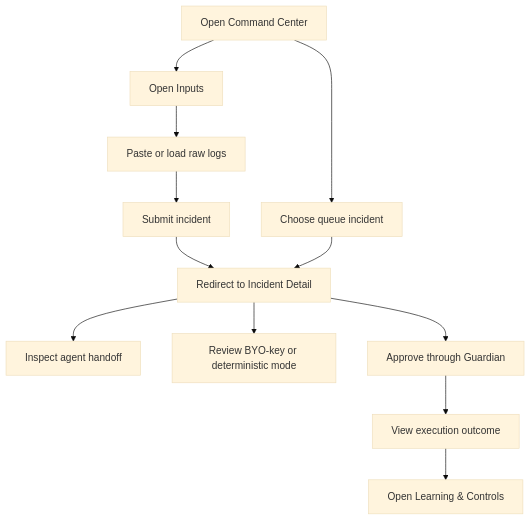
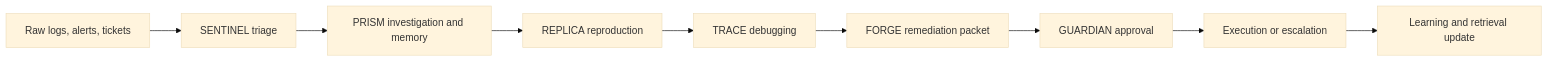
One commit to kunalkachru/nexus-v2 changed the second of 4 diagrams in docs/VISUAL_ARCHITECTURE_AND_FLOWS.md. Above: the diagram before and after it, drawn with Mermaid (base theme). The commit also changed other lines of this file and 10 other files, not shown here.

````diff
--- a/docs/VISUAL_ARCHITECTURE_AND_FLOWS.md
+++ b/docs/VISUAL_ARCHITECTURE_AND_FLOWS.md
@@ -64,14 +61,11 @@
 ```mermaid
-flowchart TD
-    A["Open Command Center"] --> B["Choose queue incident"]
-    A --> C["Open Inputs"]
-    C --> D["Paste or load raw logs"]
-    D --> E["Submit incident"]
-    E --> F["Redirect to Incident Detail"]
-    B --> F
-    F --> G["Inspect agent handoff"]
-    F --> H["Review BYO-key or deterministic mode"]
-    F --> I["Approve through Guardian"]
-    I --> J["View execution outcome"]
-    J --> K["Open Learning & Controls"]
+flowchart LR
+    A["Raw logs, alerts, tickets"] --> B["SENTINEL triage"]
+    B --> C["PRISM investigation and memory"]
+    C --> D["REPLICA reproduction"]
+    D --> E["TRACE debugging"]
+    E --> F["FORGE remediation packet"]
+    F --> G["GUARDIAN approval"]
+    G --> H["Execution or escalation"]
+    H --> I["Learning and retrieval update"]
 ```
````
